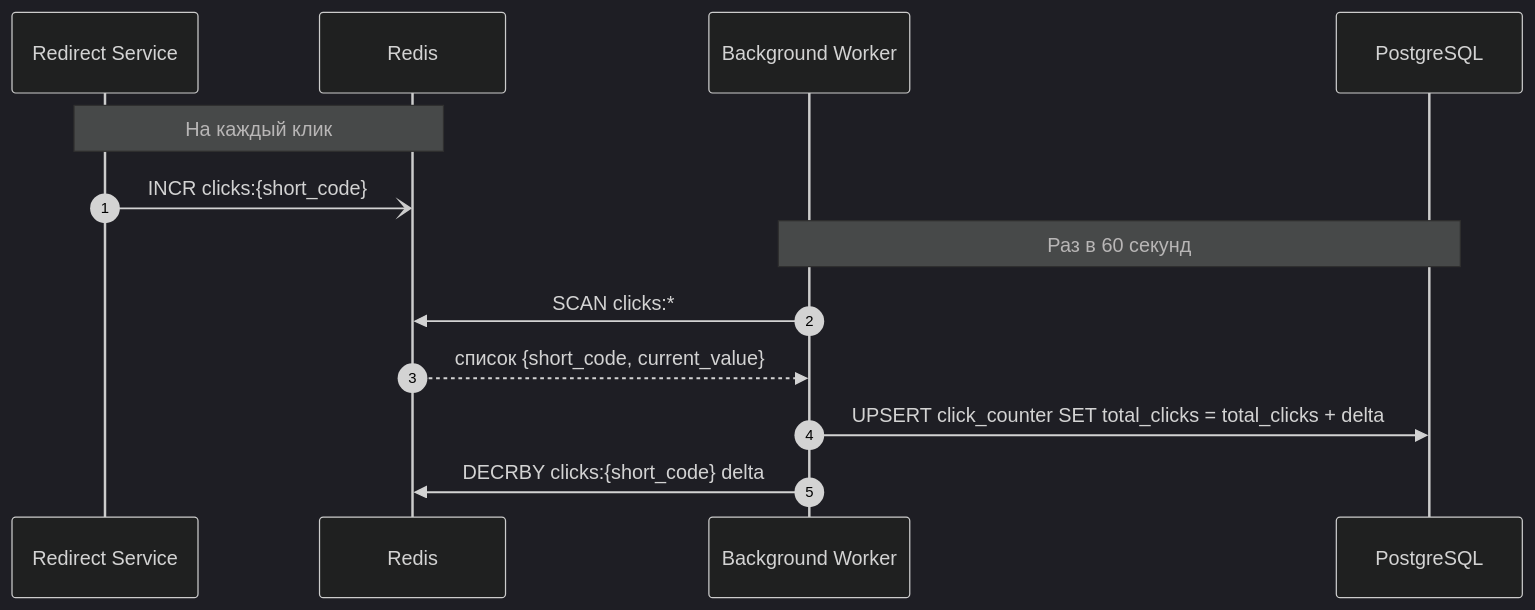
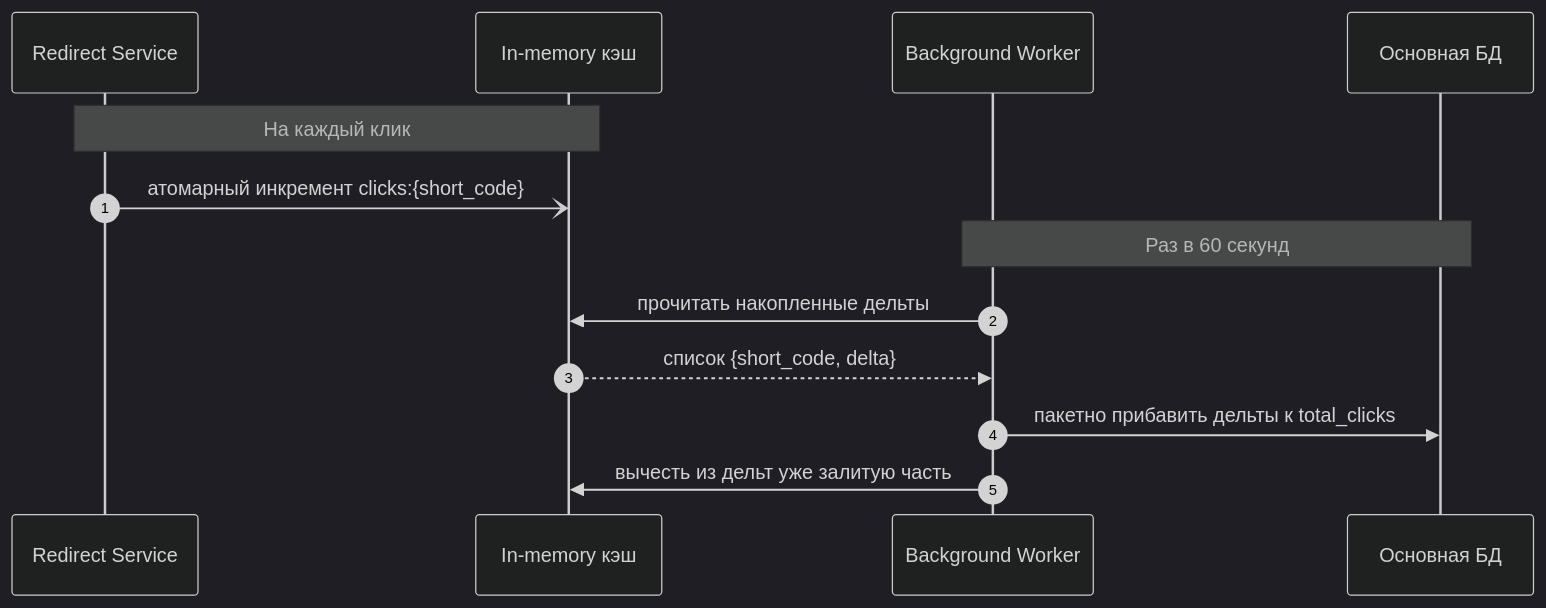
The fourth of 9 diagrams in README.md (f1yToMoon/url_shortener), drawn with Mermaid (dark theme) before and after one commit. The commit also changed other lines of this file, not shown here.

````diff
--- a/README.md
+++ b/README.md
@@ -318,17 +318,17 @@
 ```mermaid
 sequenceDiagram
   autonumber
   participant R as Redirect Service
-  participant Cache as Redis
+  participant Cache as In-memory кэш
   participant W as Background Worker
-  participant PG as PostgreSQL
+  participant DB as Основная БД
 
   Note over R,Cache: На каждый клик
-  R-)Cache: INCR clicks:{short_code}
+  R-)Cache: атомарный инкремент clicks:{short_code}
 
-  Note over W,PG: Раз в 60 секунд
-  W->>Cache: SCAN clicks:*
-  Cache-->>W: список {short_code, current_value}
-  W->>PG: UPSERT click_counter SET total_clicks = total_clicks + delta
-  W->>Cache: DECRBY clicks:{short_code} delta
+  Note over W,DB: Раз в 60 секунд
+  W->>Cache: прочитать накопленные дельты
+  Cache-->>W: список {short_code, delta}
+  W->>DB: пакетно прибавить дельты к total_clicks
+  W->>Cache: вычесть из дельт уже залитую часть
 ```
````
